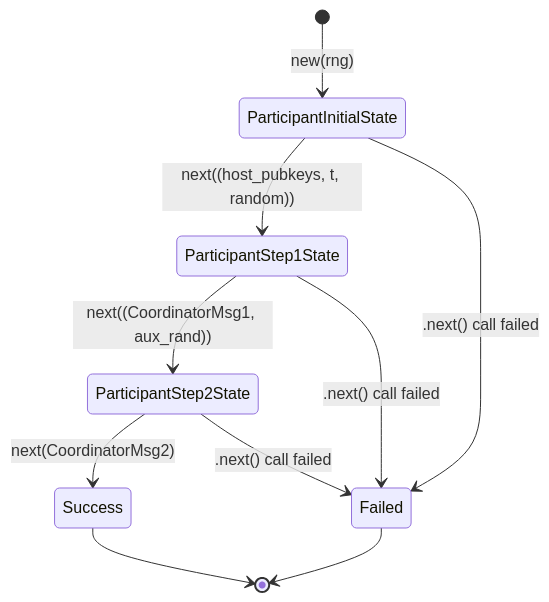
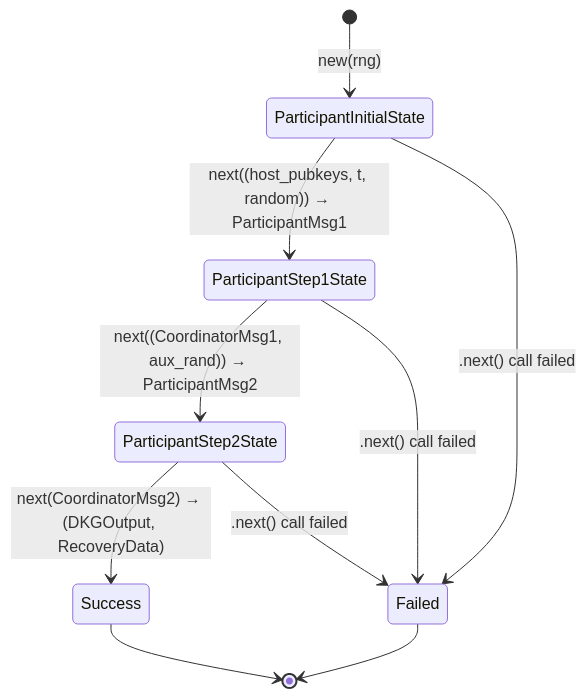
The first of 4 diagrams in README.md (olegfomenko/chilldkg), drawn with Mermaid before and after one commit. The commit also changed other lines of this file and 45 other files, not shown here.

````diff
--- a/README.md
+++ b/README.md
@@ -74,12 +210,12 @@
 ```mermaid
 stateDiagram-v2
     [*] --> ParticipantInitialState: new(rng)
-    ParticipantInitialState --> ParticipantStep1State: next((host_pubkeys, t, random))
+    ParticipantInitialState --> ParticipantStep1State: next((host_pubkeys, t, random)) → ParticipantMsg1
     ParticipantInitialState --> Failed: .next() call failed
-    ParticipantStep1State --> ParticipantStep2State: next((CoordinatorMsg1, aux_rand))
+    ParticipantStep1State --> ParticipantStep2State: next((CoordinatorMsg1, aux_rand)) → ParticipantMsg2
     ParticipantStep1State --> Failed: .next() call failed
-    ParticipantStep2State --> Success: next(CoordinatorMsg2)
+    ParticipantStep2State --> Success: next(CoordinatorMsg2) → (DKGOutput, RecoveryData)
     ParticipantStep2State --> Failed: .next() call failed
     Success --> [*]
     Failed --> [*]
 ```
````
